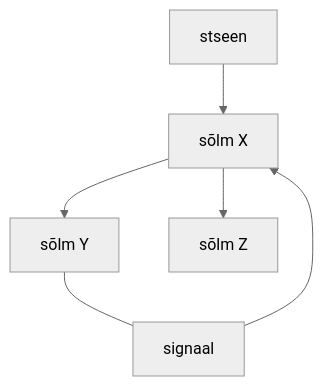
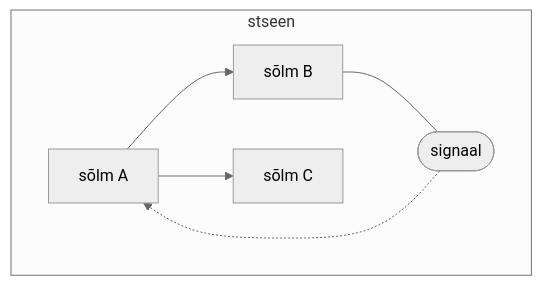
Before and after one commit to taavippp/godot: the diagram in tutvustus/pohilised-moisted.md, drawn with Mermaid. The commit also changed other lines of this file and 6 other files, not shown here.

````diff
--- a/tutvustus/pohilised-moisted.md
+++ b/tutvustus/pohilised-moisted.md
@@ -18,14 +18,14 @@
 ```mermaid
 %%{init: {'theme':'neutral'}}%%
 flowchart TD;
-    scene["stseen"];
-    node1["sõlm X"];
-    node2["sõlm Y"];
-    node3["sõlm Z"];
-    signal["signaal"];
-    scene --> node1;
-    node1 --> node2;
-    node1 --> node3;
-    node2 --- signal;
-    signal --> node1;
+    subgraph scene["stseen"]
+        node1["sõlm A"];
+        node2["sõlm B"];
+        node3["sõlm C"];
+        signal(["signaal"]);
+        node1 --> node2;
+        node1 --> node3;
+        node2 --- signal;
+        signal -.-> node1;
+    end
 ```
````
